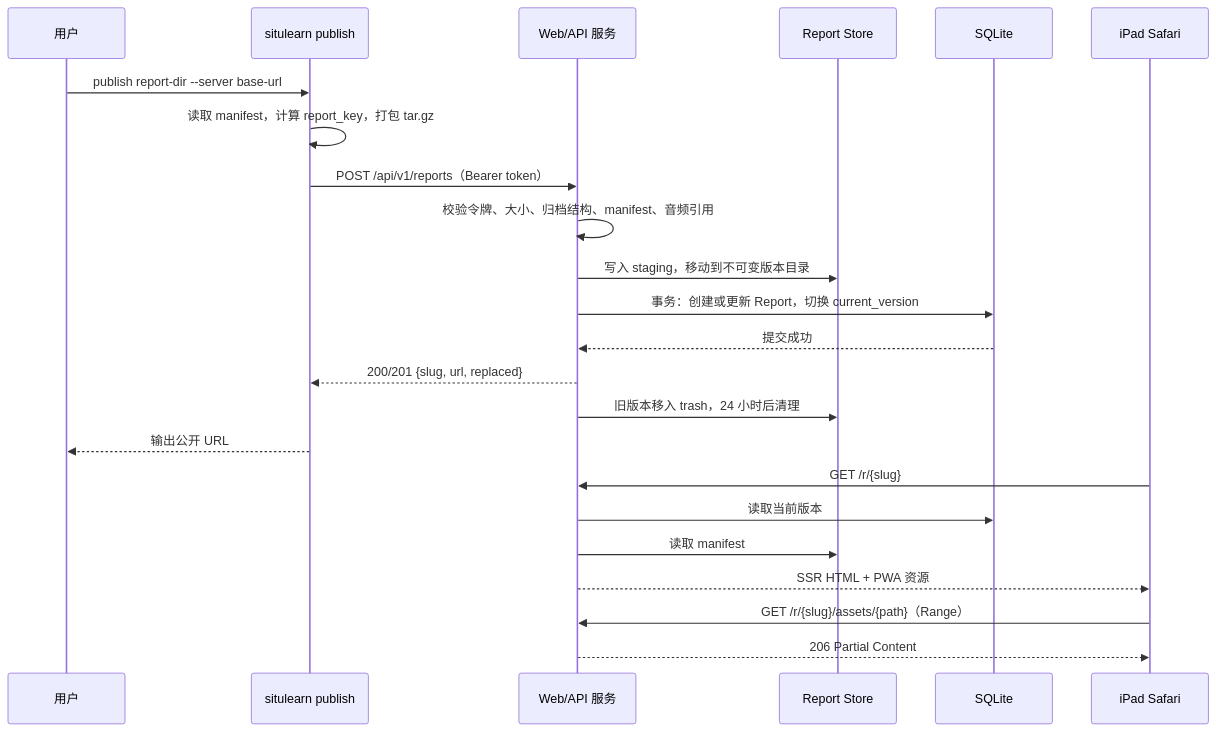
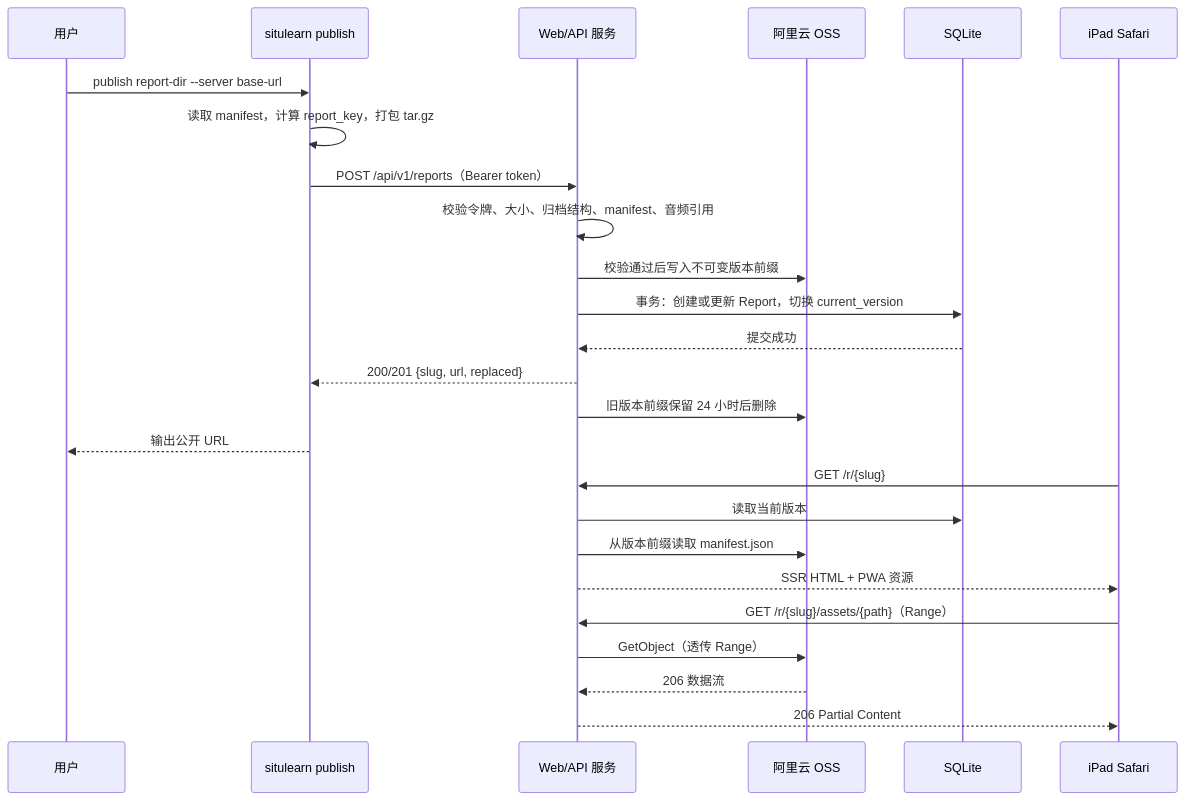
The second of 2 diagrams in docs/specs/SPEC-002-report-web-publishing/spec.md (dream-365/SituationalLearning), drawn with Mermaid before and after one commit. The commit also changed other lines of this file and 4 other files, not shown here.

Commit message:
docs: document OSS report storage and publishing runbook

````diff
--- a/docs/specs/SPEC-002-report-web-publishing/spec.md
+++ b/docs/specs/SPEC-002-report-web-publishing/spec.md
@@ -304,26 +323,28 @@
 ```mermaid
 sequenceDiagram
     participant U as 用户
     participant C as situlearn publish
     participant API as Web/API 服务
-    participant S as Report Store
+    participant S as 阿里云 OSS
     participant D as SQLite
     participant B as iPad Safari
 
     U->>C: publish report-dir --server base-url
     C->>C: 读取 manifest，计算 report_key，打包 tar.gz
     C->>API: POST /api/v1/reports（Bearer token）
     API->>API: 校验令牌、大小、归档结构、manifest、音频引用
-    API->>S: 写入 staging，移动到不可变版本目录
+    API->>S: 校验通过后写入不可变版本前缀
     API->>D: 事务：创建或更新 Report，切换 current_version
     D-->>API: 提交成功
     API-->>C: 200/201 {slug, url, replaced}
-    API->>S: 旧版本移入 trash，24 小时后清理
+    API->>S: 旧版本前缀保留 24 小时后删除
     C-->>U: 输出公开 URL
     B->>API: GET /r/{slug}
     API->>D: 读取当前版本
-    API->>S: 读取 manifest
+    API->>S: 从版本前缀读取 manifest.json
     API-->>B: SSR HTML + PWA 资源
     B->>API: GET /r/{slug}/assets/{path}（Range）
+    API->>S: GetObject（透传 Range）
+    S-->>API: 206 数据流
     API-->>B: 206 Partial Content
 ```
````
